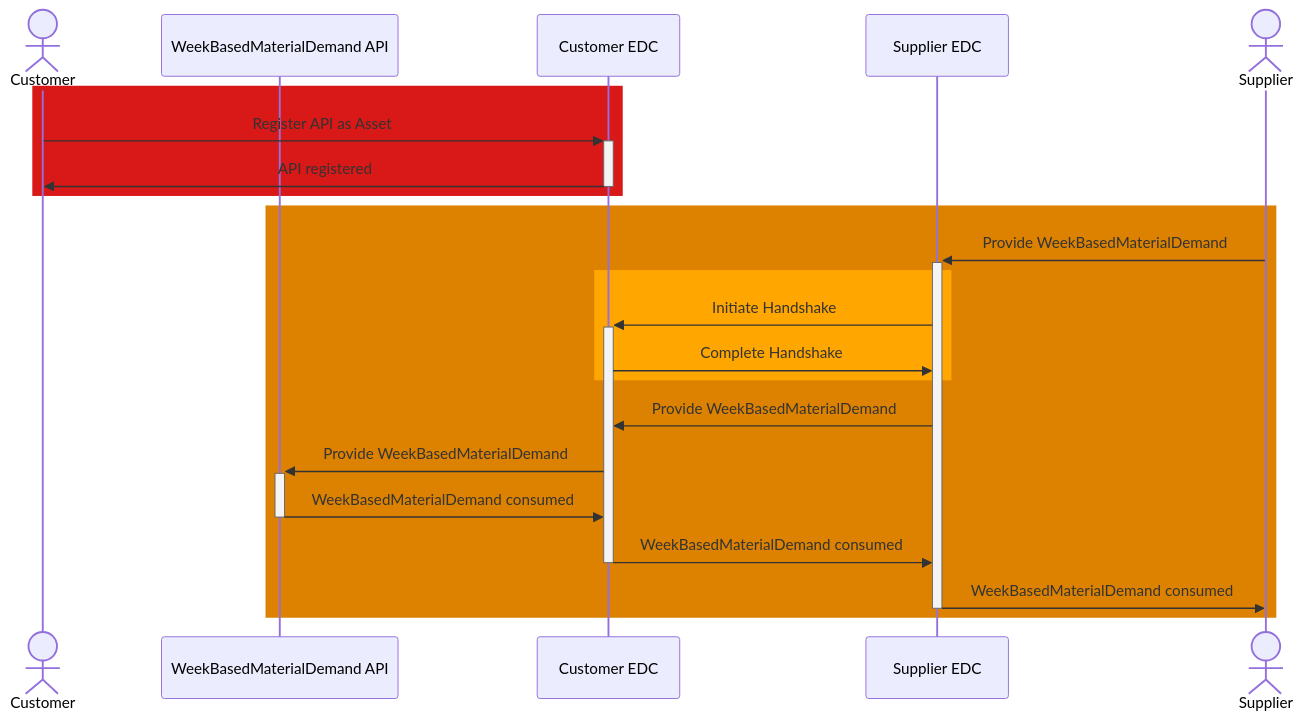
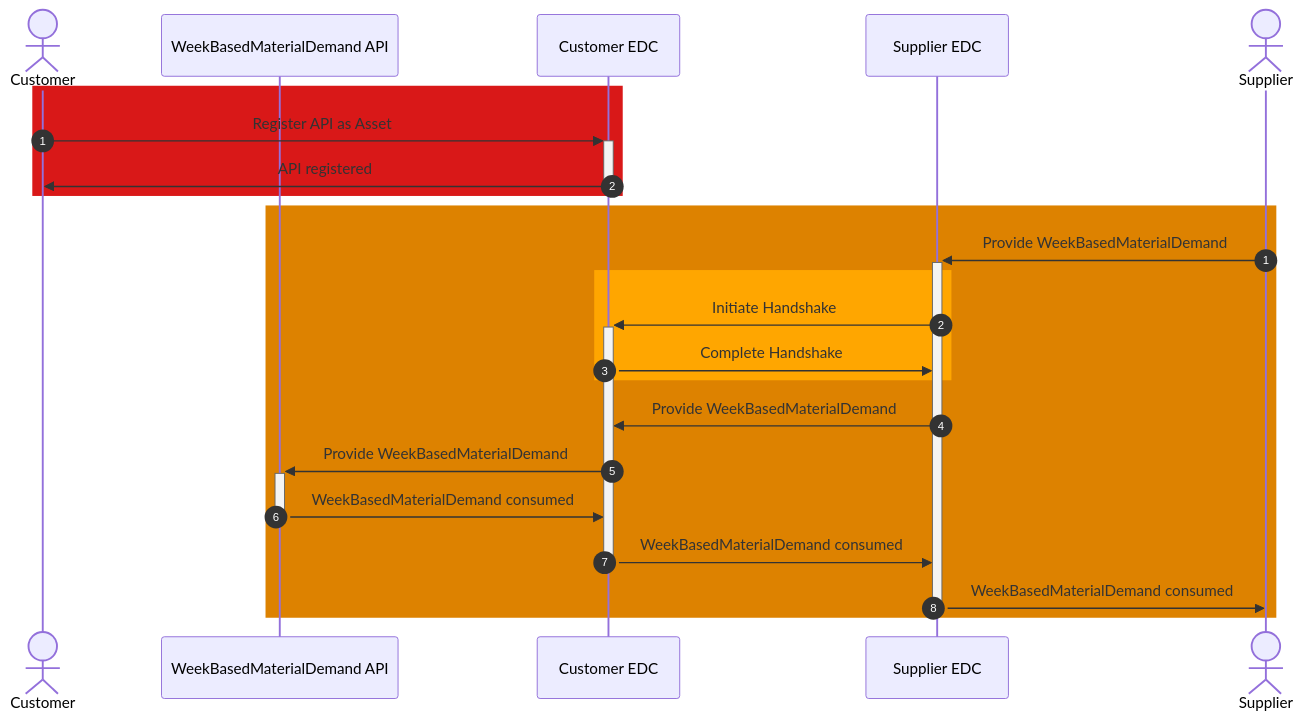
Before and after one commit to eclipse-tractusx/eclipse-tractusx.github.io: the diagram in docs-kits/kits/Demand and Capacity Management Kit/development-view/api-material-demand.md, drawn with Mermaid. The commit also changed 12 other files, not shown here.

Commit message:
Added numbering to sequence diagrams

````diff
--- a/docs-kits/kits/Demand and Capacity Management Kit/development-view/api-material-demand.md
+++ b/docs-kits/kits/Demand and Capacity Management Kit/development-view/api-material-demand.md
@@ -22,26 +22,28 @@
 ```mermaid
 sequenceDiagram
     actor c as Customer 
     participant a as WeekBasedMaterialDemand API
     participant ce as Customer EDC
     participant se as Supplier EDC
     actor s as Supplier
     
     rect rgb(217,24,24)
-    c->>+ce: Register API as Asset
-    ce->>-c: API registered
+        autonumber 1
+        c->>+ce: Register API as Asset
+        ce->>-c: API registered
     end
     rect rgb(221,130,0)
-    s->>+se: Provide WeekBasedMaterialDemand
-    rect rgb(255,166,0)
-    se->>+ce: Initiate Handshake
-    ce->>se: Complete Handshake
-    end
+        autonumber 1
+        s->>+se: Provide WeekBasedMaterialDemand
+        rect rgb(255,166,0)
+        se->>+ce: Initiate Handshake
+        ce->>se: Complete Handshake
+        end
     se->>ce: Provide WeekBasedMaterialDemand
     ce->>+a: Provide WeekBasedMaterialDemand
     a->>-ce: WeekBasedMaterialDemand consumed
     ce->>-se: WeekBasedMaterialDemand consumed
     se->>-s: WeekBasedMaterialDemand consumed
     
     end
 ```
````
